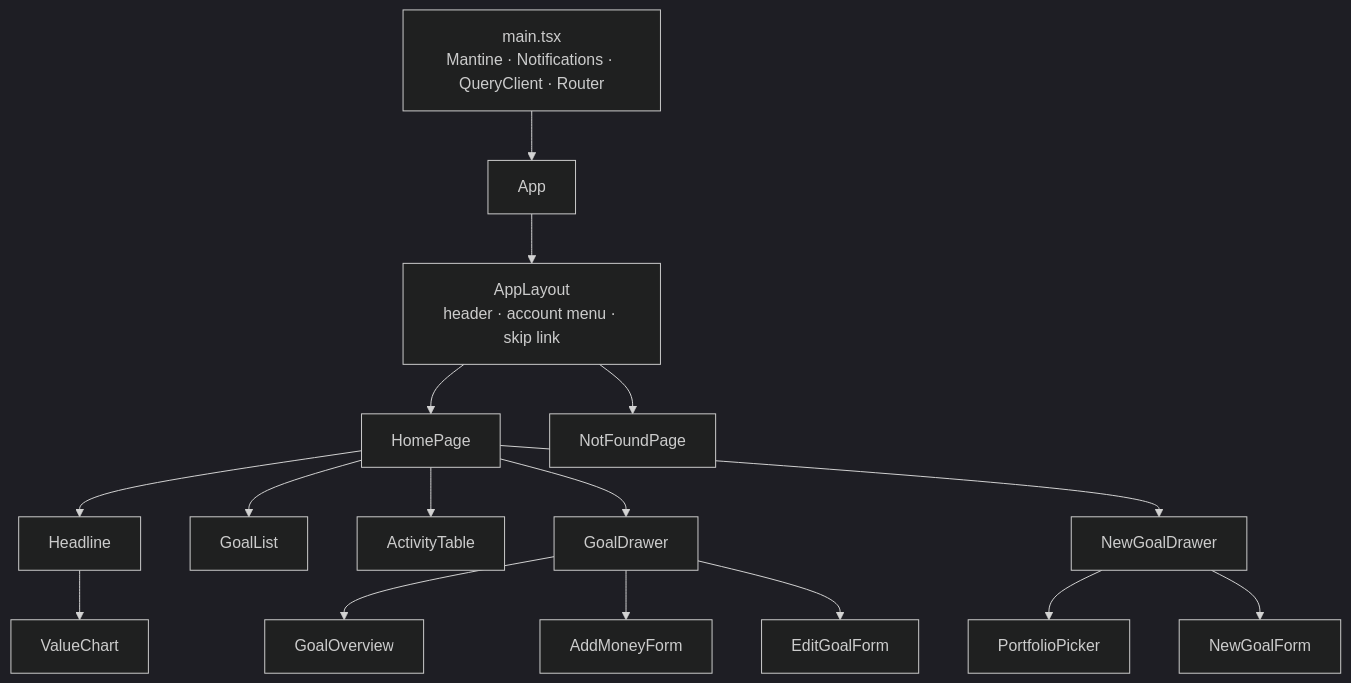
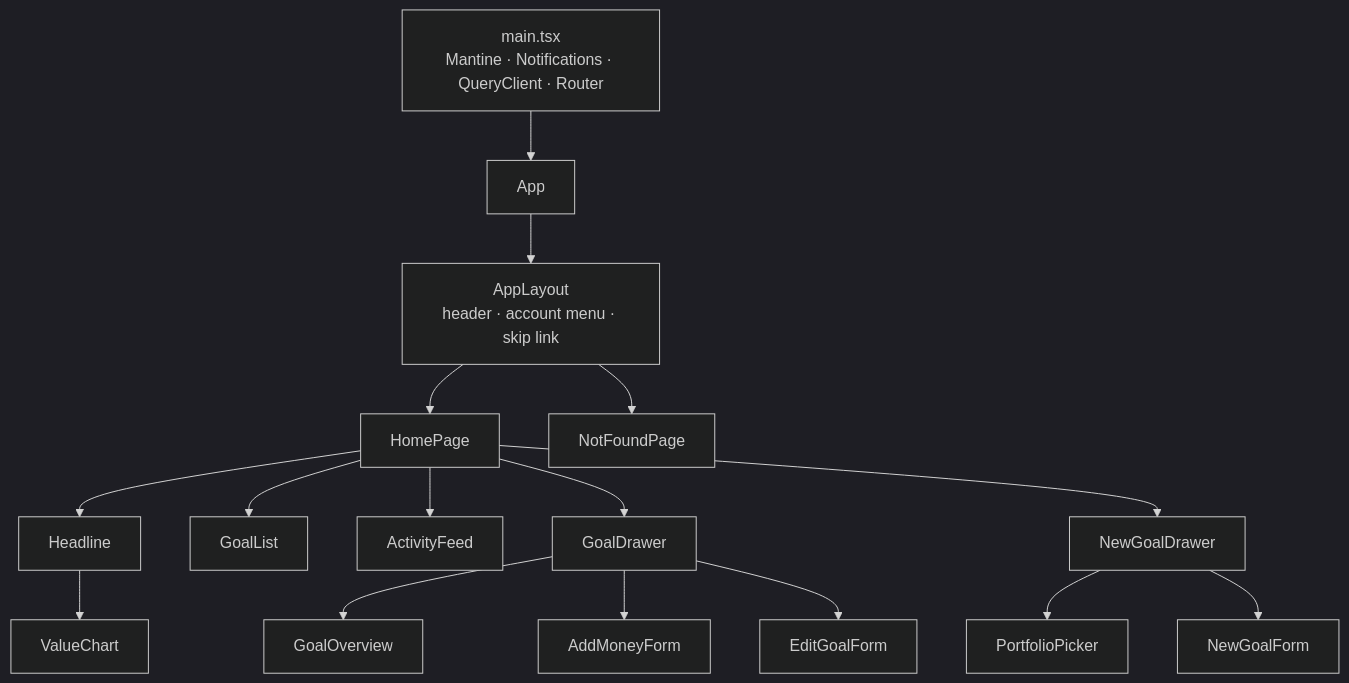
Before and after one commit to LBakerDev/meridian-dashboard: the fourth of 9 diagrams in docs/architecture.md, drawn with Mermaid (dark theme). The commit also changed other lines of this file and 21 other files, not shown here.

Commit message:
feat(activity): day-grouped feed with combined monthly deposits, goal filter, show more

````diff
--- a/docs/architecture.md
+++ b/docs/architecture.md
@@ -83,20 +83,20 @@
 ```mermaid
 flowchart TB
   main["main.tsx<br/>Mantine · Notifications · QueryClient · Router"] --> App
   App --> Layout["AppLayout<br/>header · account menu · skip link"]
   Layout --> Home[HomePage]
   Layout --> NF[NotFoundPage]
 
   Home --> Headline
   Headline --> Chart[ValueChart]
   Home --> GoalList
-  Home --> Activity[ActivityTable]
+  Home --> Activity[ActivityFeed]
   Home --> GD[GoalDrawer]
   Home --> NGD[NewGoalDrawer]
 
   GD --> Overview[GoalOverview]
   GD --> Add[AddMoneyForm]
   GD --> Edit[EditGoalForm]
   NGD --> Picker[PortfolioPicker]
   NGD --> NGF[NewGoalForm]
 ```
````
